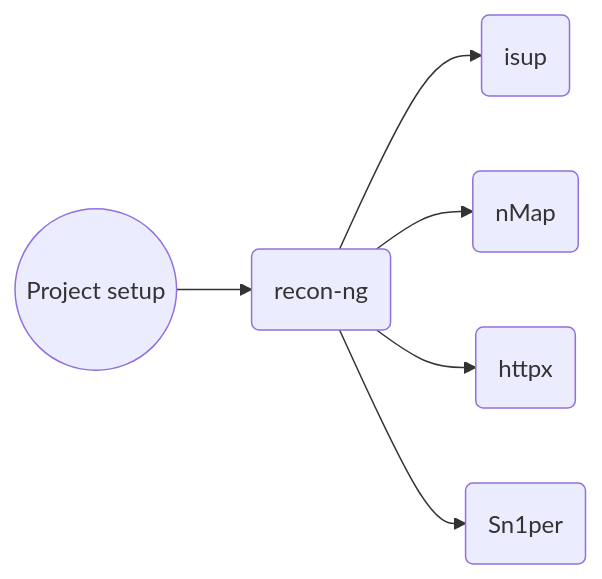
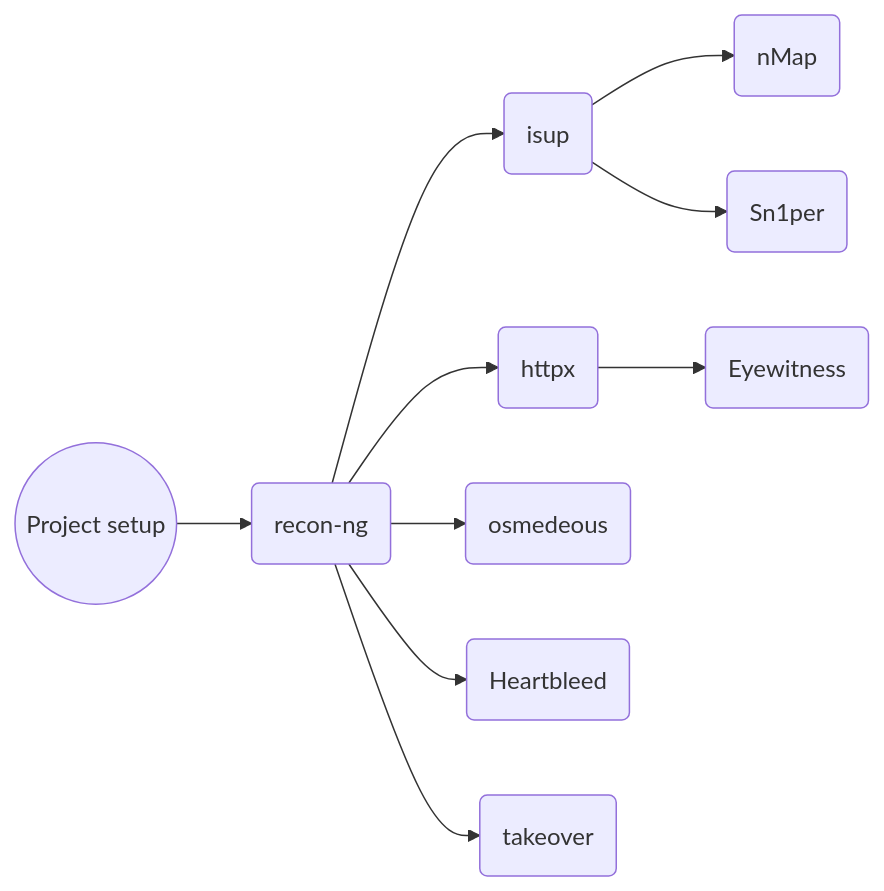
One commit to ranjbarhadi/Bug-bounty-methodology changed the diagram in README.md. Above: the diagram before and after it, drawn with Mermaid. The commit also changed other lines of this file, not shown here.

````diff
--- a/README.md
+++ b/README.md
@@ -5,8 +5,12 @@
 ```mermaid
 graph LR
 A((Project setup)) --> B(recon-ng)
 B --> C(isup)
-B --> D(nMap)
+C --> D(nMap)
+C --> F(Sn1per)
 B --> E(httpx)
-B --> F(Sn1per)
+E --> G(Eyewitness)
+B --> H(osmedeous)
+B --> I(Heartbleed)
+B --> J(takeover)
 ```
````
